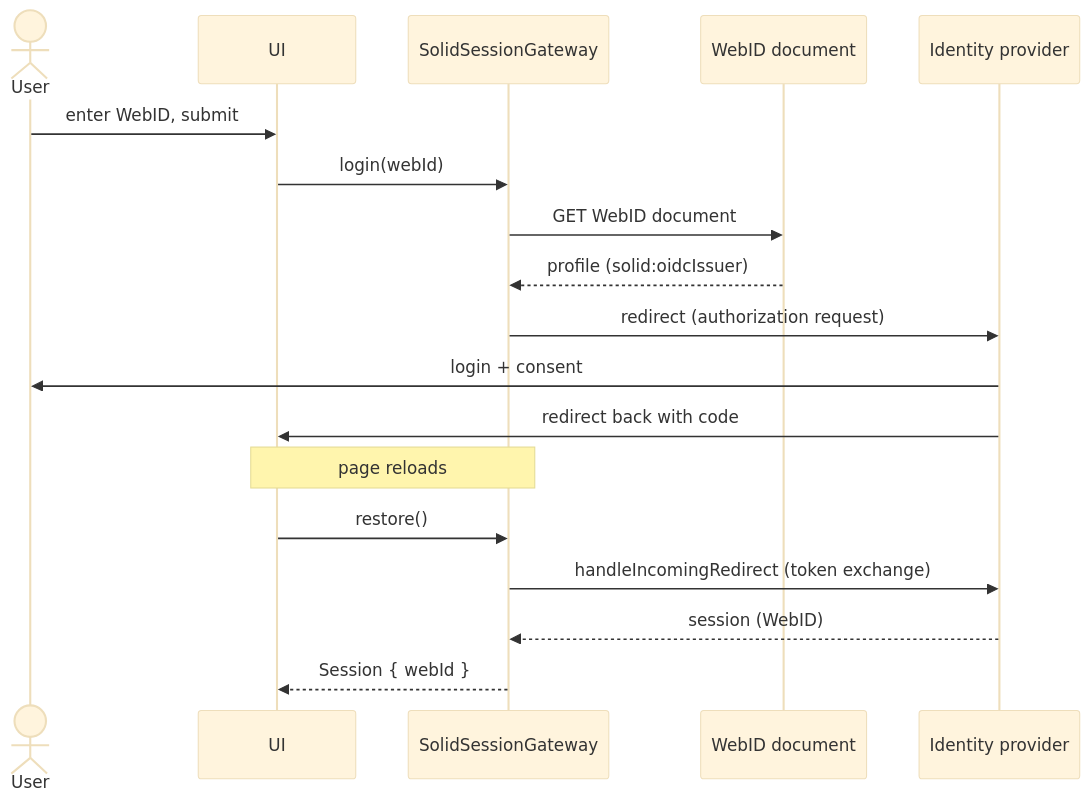
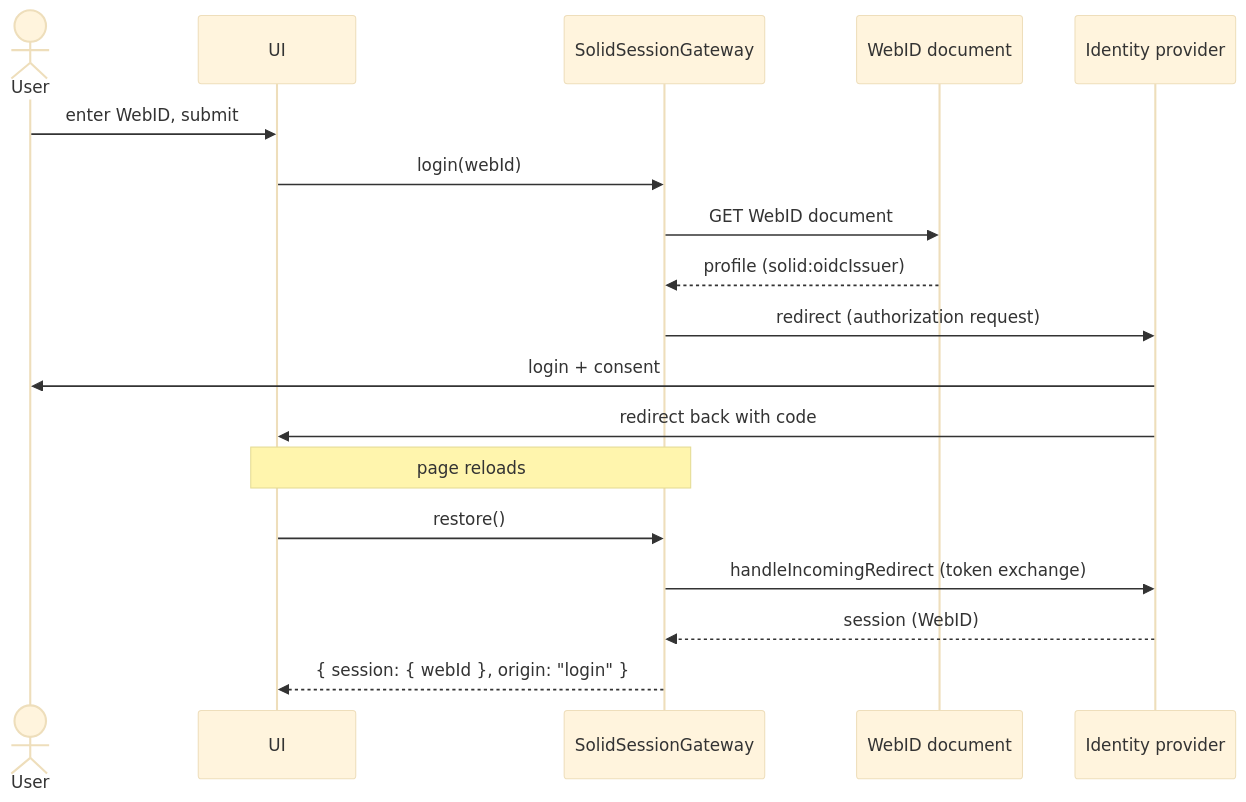
Before and after one commit to antwika/solid-memo: the diagram in docs/authentication.md, drawn with Mermaid (base theme). The commit also changed other lines of this file and 88 other files, not shown here.

````diff
--- a/docs/authentication.md
+++ b/docs/authentication.md
@@ -14,21 +22,21 @@
 ```mermaid
 sequenceDiagram
     actor User
     participant UI
     participant Gateway as SolidSessionGateway
     participant Pod as WebID document
     participant IdP as Identity provider
 
     User->>UI: enter WebID, submit
     UI->>Gateway: login(webId)
     Gateway->>Pod: GET WebID document
     Pod-->>Gateway: profile (solid:oidcIssuer)
     Gateway->>IdP: redirect (authorization request)
     IdP->>User: login + consent
     IdP->>UI: redirect back with code
     Note over UI,Gateway: page reloads
     UI->>Gateway: restore()
     Gateway->>IdP: handleIncomingRedirect (token exchange)
     IdP-->>Gateway: session (WebID)
-    Gateway-->>UI: Session { webId }
+    Gateway-->>UI: { session: { webId }, origin: "login" }
 ```
````
